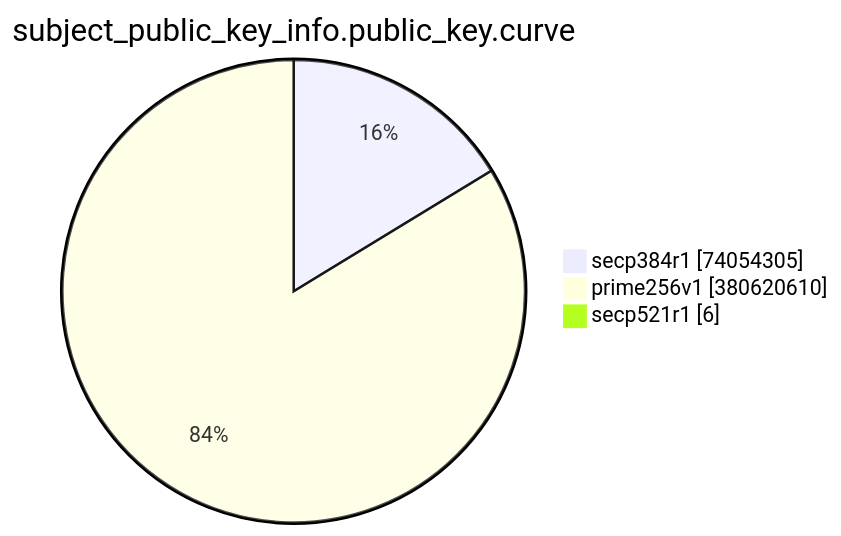
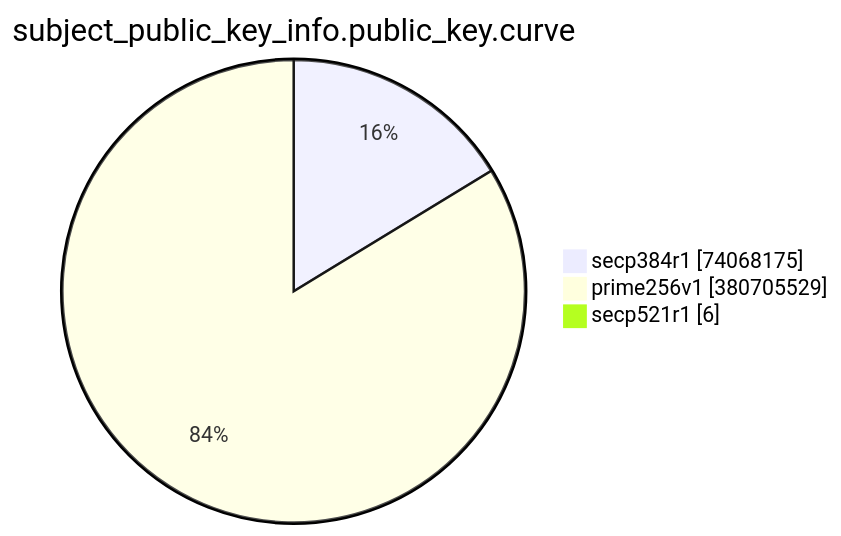
Before and after one commit to christiankrug/ctmonitor_visualization: the eighth of 15 diagrams in TOTAL/README.md, drawn with Mermaid. The commit also changed other lines of this file, not shown here.

````diff
--- a/TOTAL/README.md
+++ b/TOTAL/README.md
@@ -3094,7 +3094,7 @@
 ```mermaid
 pie showData
 title subject_public_key_info.public_key.curve
-"secp384r1" :74054305
-"prime256v1" :380620610
+"secp384r1" :74068175
+"prime256v1" :380705529
 "secp521r1" :6
 ```
````
